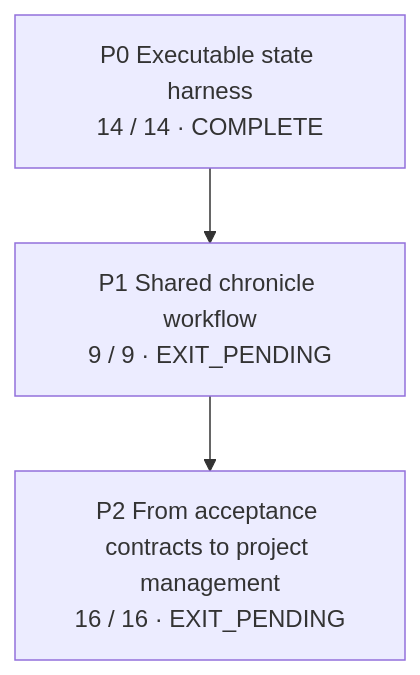
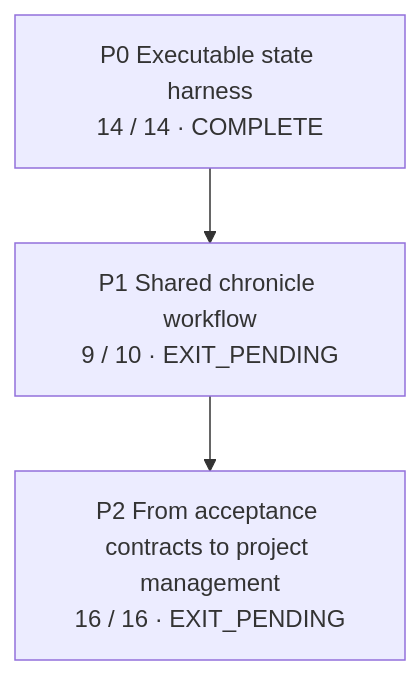
Before and after one commit to qomero/prokron: the diagram in .prokron/phases.mmd, drawn with Mermaid. The commit also changed 13 other files, not shown here.

```diff
--- a/.prokron/phases.mmd
+++ b/.prokron/phases.mmd
@@ -1,6 +1,6 @@
 flowchart TD
     P0["P0 Executable state harness<br/>14 / 14 · COMPLETE"]
-    P1["P1 Shared chronicle workflow<br/>9 / 9 · EXIT_PENDING"]
+    P1["P1 Shared chronicle workflow<br/>9 / 10 · EXIT_PENDING"]
     P2["P2 From acceptance contracts to project management<br/>16 / 16 · EXIT_PENDING"]
     P0 --> P1
     P1 --> P2
```
